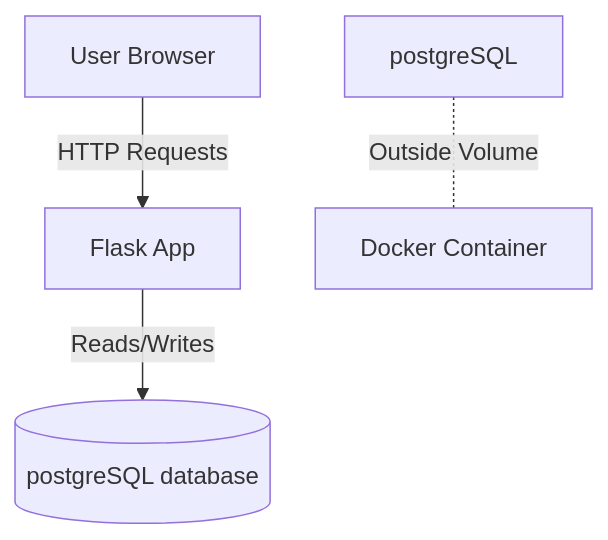
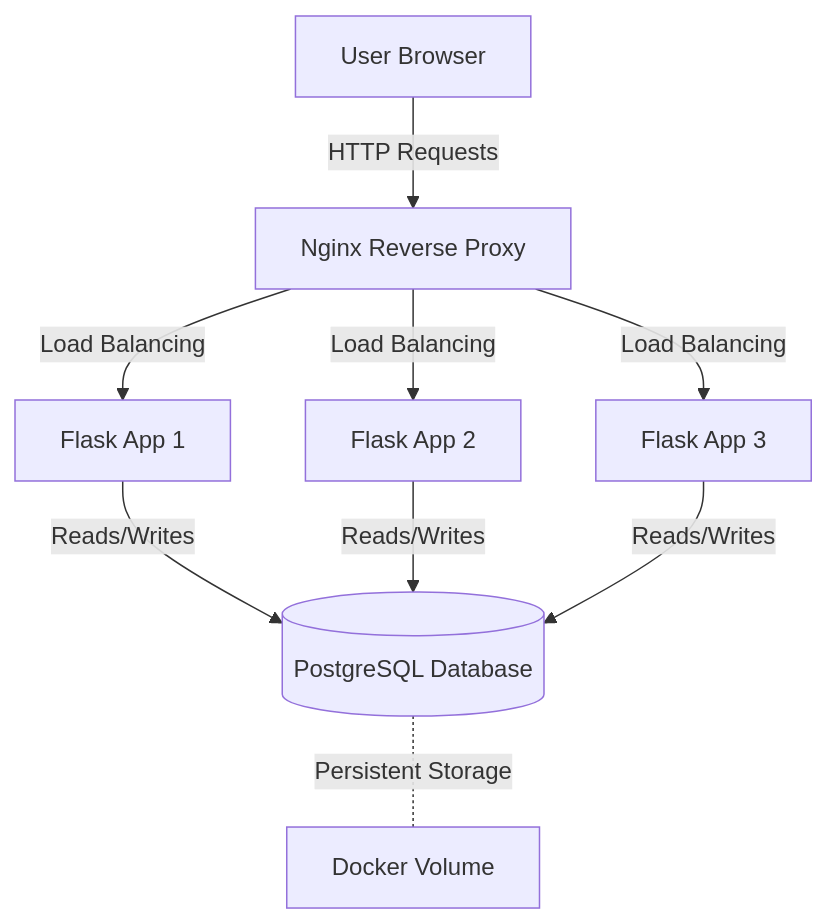
One commit to guru-sevak-singh/first-flask changed the diagram in README.md. Above: the diagram before and after it, drawn with Mermaid. The commit also changed other lines of this file and 3 other files, not shown here.

Commit message:
Update for the docker-compose with nginx and 3 app as a loadbalancer

````diff
--- a/README.md
+++ b/README.md
@@ -40,6 +41,12 @@
 ```mermaid
 graph TD;
-    User[User Browser] -->|HTTP Requests| Flask[Flask App];
-    Flask -->|Reads/Writes| SQLite[(postgreSQL database)];
-    postgreSQL -. Outside Volume .- Docker[Docker Container];
+    User[User Browser] -->|HTTP Requests| Nginx[Nginx Reverse Proxy];
+    Nginx -->|Load Balancing| Flask1[Flask App 1];
+    Nginx -->|Load Balancing| Flask2[Flask App 2];
+    Nginx -->|Load Balancing| Flask3[Flask App 3];
+    Flask1 -->|Reads/Writes| DB[(PostgreSQL Database)];
+    Flask2 -->|Reads/Writes| DB[(PostgreSQL Database)];
+    Flask3 -->|Reads/Writes| DB[(PostgreSQL Database)];
+    DB -. Persistent Storage .- Volume[Docker Volume];
+
 ```
````
